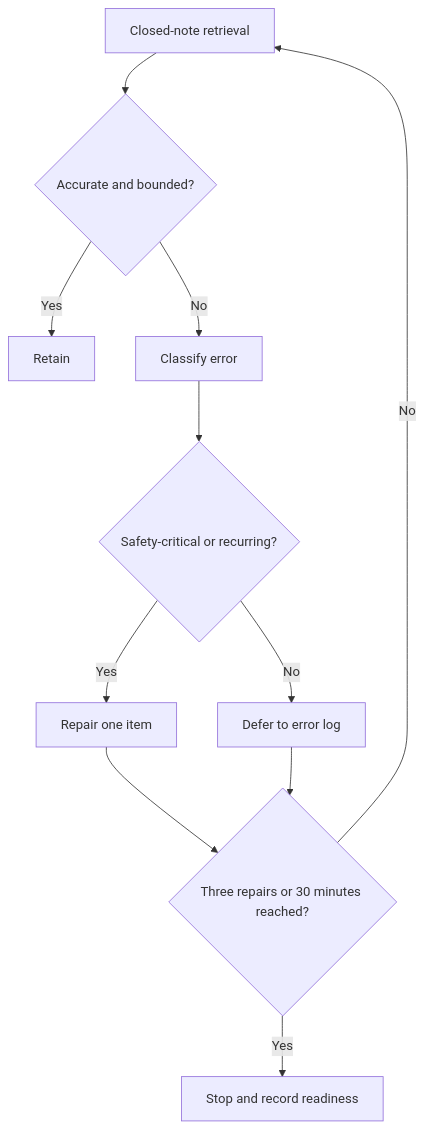
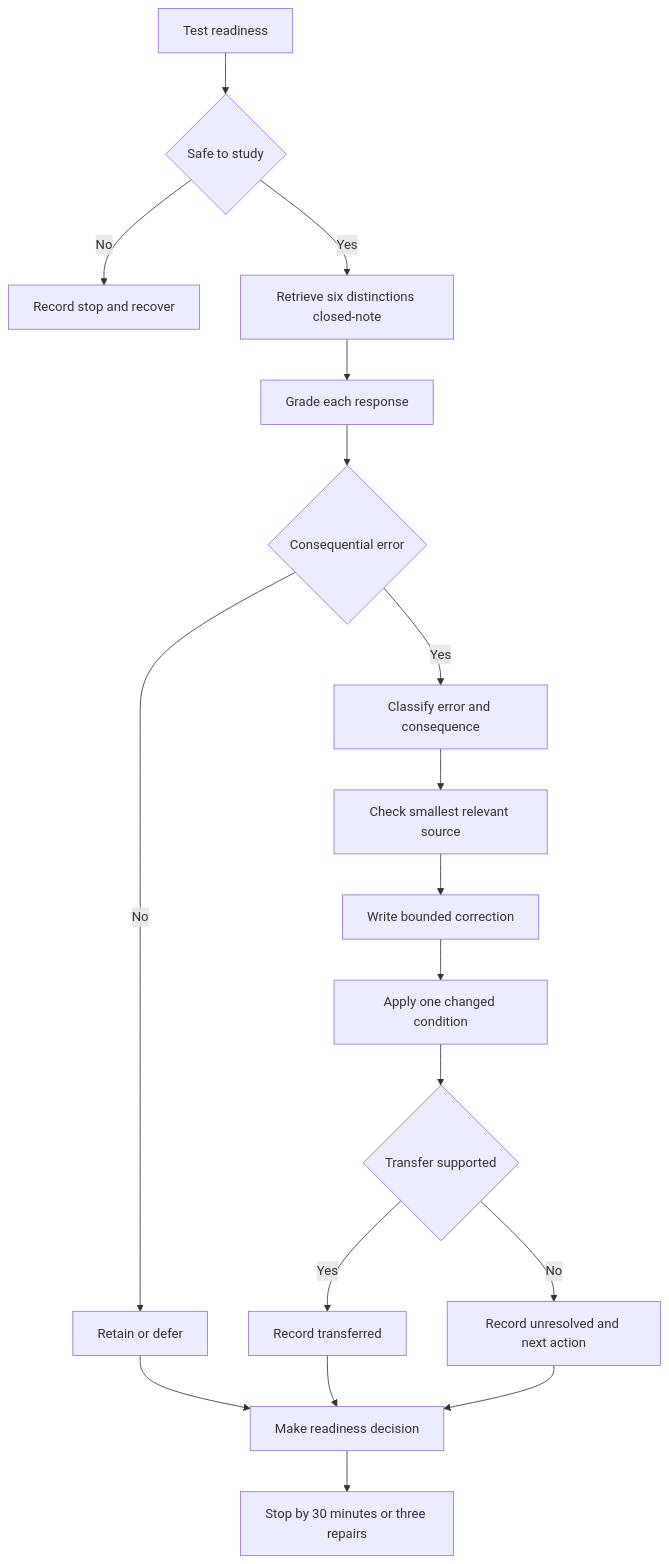
One commit to andrew3stedall/capstone changed the diagram in docs/learning-plans/6-week/modules/day-33-rest-retrieval-and-scenario-triage.md. Above: the diagram before and after it, drawn with Mermaid. The commit also changed other lines of this file and 4 other files, not shown here.

````diff
--- a/docs/learning-plans/6-week/modules/day-33-rest-retrieval-and-scenario-triage.md
+++ b/docs/learning-plans/6-week/modules/day-33-rest-retrieval-and-scenario-triage.md
@@ -51,13 +107,20 @@
 ```mermaid
 flowchart TD
-    A[Closed-note retrieval] --> B{Accurate and bounded?}
-    B -->|Yes| C[Retain]
-    B -->|No| D[Classify error]
-    D --> E{Safety-critical or recurring?}
-    E -->|Yes| F[Repair one item]
-    E -->|No| G[Defer to error log]
-    F --> H{Three repairs or 30 minutes reached?}
-    G --> H
-    H -->|Yes| I[Stop and record readiness]
-    H -->|No| A
+    A[Test readiness] --> B{Safe to study}
+    B -->|No| C[Record stop and recover]
+    B -->|Yes| D[Retrieve six distinctions closed-note]
+    D --> E[Grade each response]
+    E --> F{Consequential error}
+    F -->|No| G[Retain or defer]
+    F -->|Yes| H[Classify error and consequence]
+    H --> I[Check smallest relevant source]
+    I --> J[Write bounded correction]
+    J --> K[Apply one changed condition]
+    K --> L{Transfer supported}
+    L -->|Yes| M[Record transferred]
+    L -->|No| N[Record unresolved and next action]
+    G --> O[Make readiness decision]
+    M --> O
+    N --> O
+    O --> P[Stop by 30 minutes or three repairs]
 ```
````
